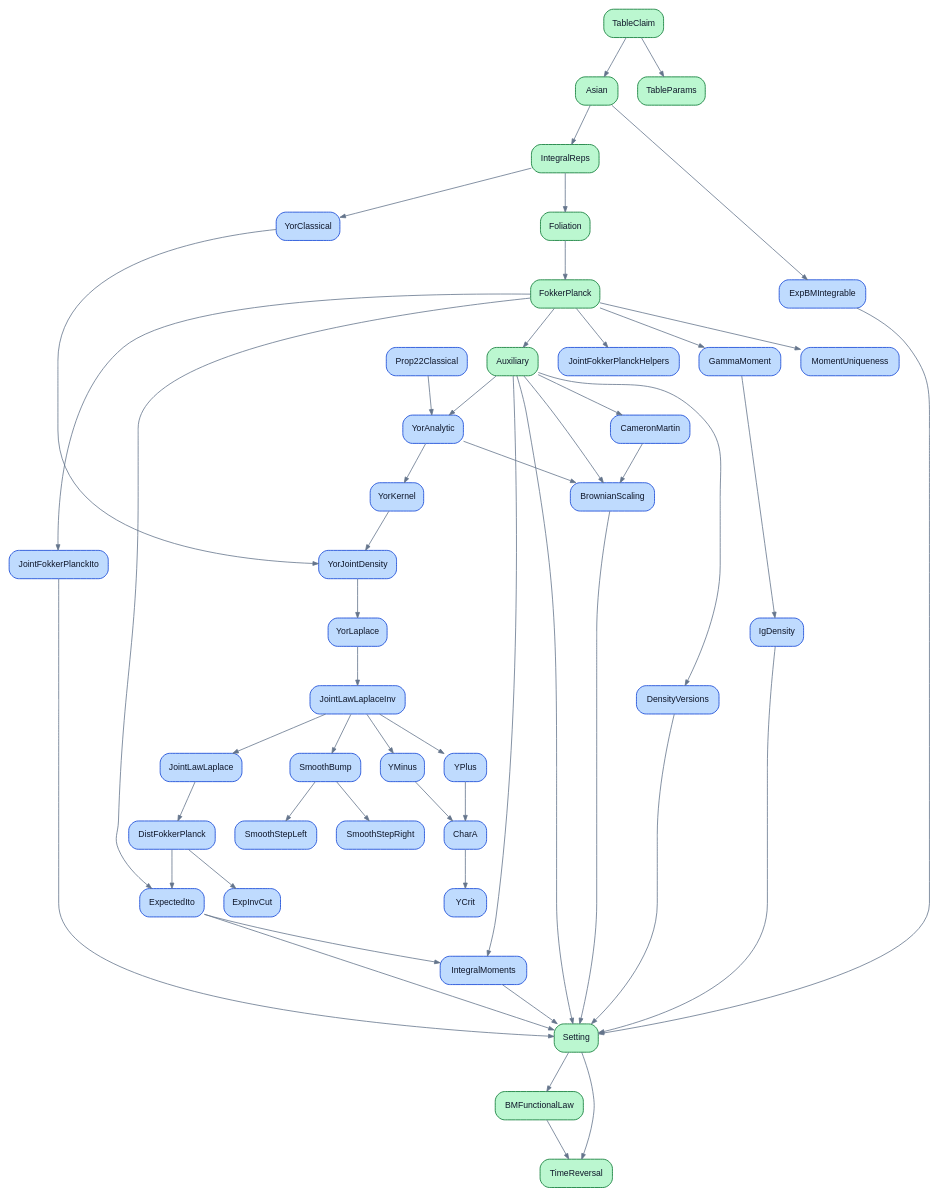
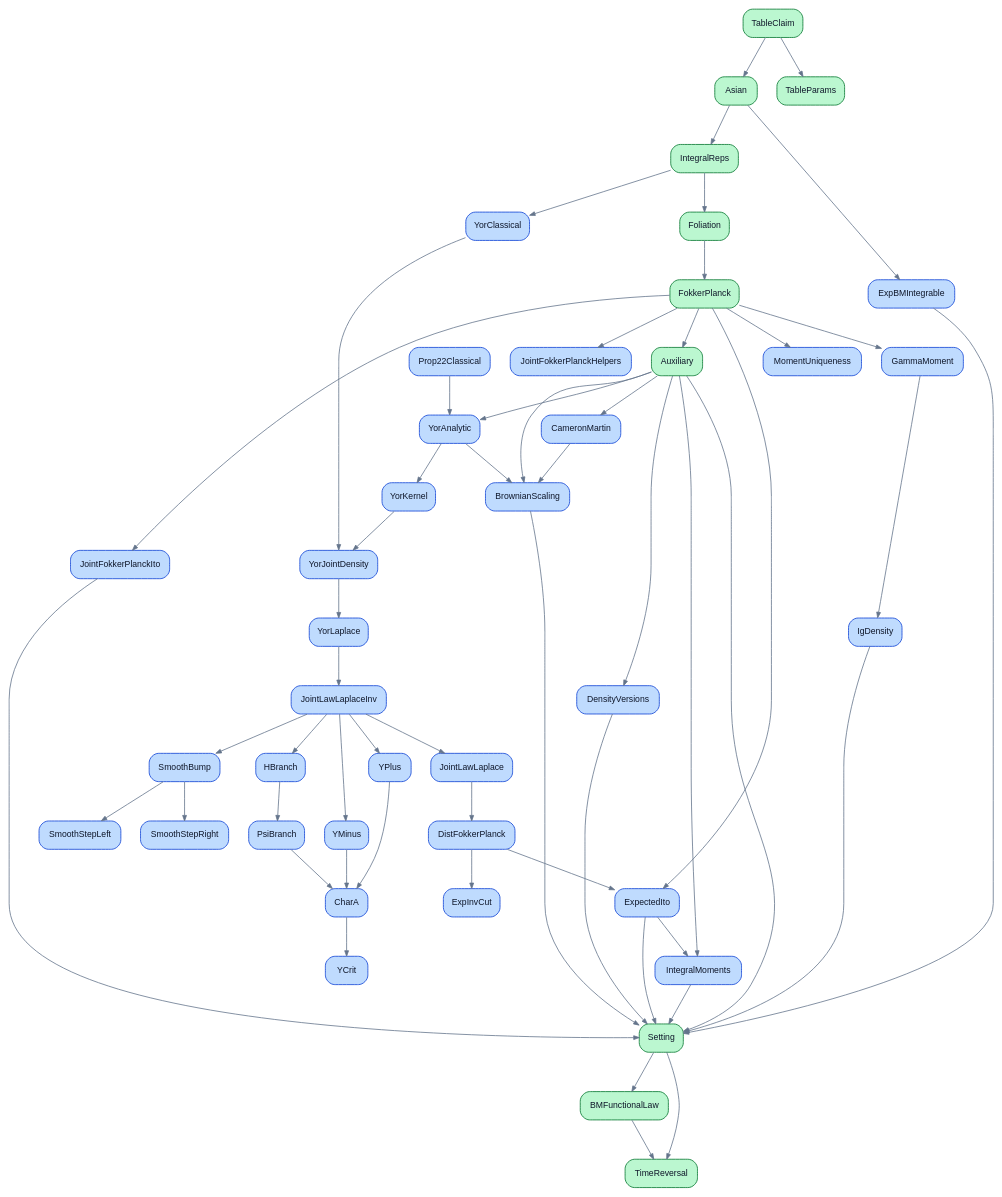
The diagram in Lyasoff2016_files.dot (catskillsresearch/lyasoff2016), drawn with Graphviz before and after one commit. The commit also changed 4 other files, not shown here.

First line of the commit message:
Split ψBranch and hBranch out of JointLawLaplaceInv with matching namespaces.

```diff
--- a/Lyasoff2016_files.dot
+++ b/Lyasoff2016_files.dot
@@ -1,94 +1,99 @@
 digraph Lyasoff2016_files {
   graph [rankdir=TB, bgcolor="white", fontname="Helvetica", nodesep=0.35, ranksep=0.7, splines=true];
   node  [shape=box, style="rounded,filled", fontname="Helvetica", fontsize=11, fontcolor="#0f172a", penwidth=1.1];
   edge  [color="#64748b", arrowsize=0.7, penwidth=1.0];
   "Lyasoff2016.Asian" [label="Asian", fillcolor="#bbf7d0", color="#15803d"];
   "Lyasoff2016.Auxiliary" [label="Auxiliary", fillcolor="#bbf7d0", color="#15803d"];
   "Lyasoff2016.BMFunctionalLaw" [label="BMFunctionalLaw", fillcolor="#bbf7d0", color="#15803d"];
   "Lyasoff2016.BrownianScaling" [label="BrownianScaling", fillcolor="#bfdbfe", color="#1d4ed8"];
   "Lyasoff2016.CameronMartin" [label="CameronMartin", fillcolor="#bfdbfe", color="#1d4ed8"];
   "Lyasoff2016.CharA" [label="CharA", fillcolor="#bfdbfe", color="#1d4ed8"];
   "Lyasoff2016.DensityVersions" [label="DensityVersions", fillcolor="#bfdbfe", color="#1d4ed8"];
   "Lyasoff2016.DistFokkerPlanck" [label="DistFokkerPlanck", fillcolor="#bfdbfe", color="#1d4ed8"];
   "Lyasoff2016.ExpBMIntegrable" [label="ExpBMIntegrable", fillcolor="#bfdbfe", color="#1d4ed8"];
   "Lyasoff2016.ExpInvCut" [label="ExpInvCut", fillcolor="#bfdbfe", color="#1d4ed8"];
   "Lyasoff2016.ExpectedIto" [label="ExpectedIto", fillcolor="#bfdbfe", color="#1d4ed8"];
   "Lyasoff2016.FokkerPlanck" [label="FokkerPlanck", fillcolor="#bbf7d0", color="#15803d"];
   "Lyasoff2016.Foliation" [label="Foliation", fillcolor="#bbf7d0", color="#15803d"];
   "Lyasoff2016.GammaMoment" [label="GammaMoment", fillcolor="#bfdbfe", color="#1d4ed8"];
+  "Lyasoff2016.HBranch" [label="HBranch", fillcolor="#bfdbfe", color="#1d4ed8"];
   "Lyasoff2016.IgDensity" [label="IgDensity", fillcolor="#bfdbfe", color="#1d4ed8"];
   "Lyasoff2016.IntegralMoments" [label="IntegralMoments", fillcolor="#bfdbfe", color="#1d4ed8"];
   "Lyasoff2016.IntegralReps" [label="IntegralReps", fillcolor="#bbf7d0", color="#15803d"];
   "Lyasoff2016.JointFokkerPlanckHelpers" [label="JointFokkerPlanckHelpers", fillcolor="#bfdbfe", color="#1d4ed8"];
   "Lyasoff2016.JointFokkerPlanckIto" [label="JointFokkerPlanckIto", fillcolor="#bfdbfe", color="#1d4ed8"];
   "Lyasoff2016.JointLawLaplace" [label="JointLawLaplace", fillcolor="#bfdbfe", color="#1d4ed8"];
   "Lyasoff2016.JointLawLaplaceInv" [label="JointLawLaplaceInv", fillcolor="#bfdbfe", color="#1d4ed8"];
   "Lyasoff2016.MomentUniqueness" [label="MomentUniqueness", fillcolor="#bfdbfe", color="#1d4ed8"];
   "Lyasoff2016.Prop22Classical" [label="Prop22Classical", fillcolor="#bfdbfe", color="#1d4ed8"];
+  "Lyasoff2016.PsiBranch" [label="PsiBranch", fillcolor="#bfdbfe", color="#1d4ed8"];
   "Lyasoff2016.Setting" [label="Setting", fillcolor="#bbf7d0", color="#15803d"];
   "Lyasoff2016.SmoothBump" [label="SmoothBump", fillcolor="#bfdbfe", color="#1d4ed8"];
   "Lyasoff2016.SmoothStepLeft" [label="SmoothStepLeft", fillcolor="#bfdbfe", color="#1d4ed8"];
   "Lyasoff2016.SmoothStepRight" [label="SmoothStepRight", fillcolor="#bfdbfe", color="#1d4ed8"];
   "Lyasoff2016.TableClaim" [label="TableClaim", fillcolor="#bbf7d0", color="#15803d"];
   "Lyasoff2016.TableParams" [label="TableParams", fillcolor="#bbf7d0", color="#15803d"];
   "Lyasoff2016.TimeReversal" [label="TimeReversal", fillcolor="#bbf7d0", color="#15803d"];
   "Lyasoff2016.YCrit" [label="YCrit", fillcolor="#bfdbfe", color="#1d4ed8"];
   "Lyasoff2016.YMinus" [label="YMinus", fillcolor="#bfdbfe", color="#1d4ed8"];
   "Lyasoff2016.YPlus" [label="YPlus", fillcolor="#bfdbfe", color="#1d4ed8"];
   "Lyasoff2016.YorAnalytic" [label="YorAnalytic", fillcolor="#bfdbfe", color="#1d4ed8"];
   "Lyasoff2016.YorClassical" [label="YorClassical", fillcolor="#bfdbfe", color="#1d4ed8"];
   "Lyasoff2016.YorJointDensity" [label="YorJointDensity", fillcolor="#bfdbfe", color="#1d4ed8"];
   "Lyasoff2016.YorKernel" [label="YorKernel", fillcolor="#bfdbfe", color="#1d4ed8"];
   "Lyasoff2016.YorLaplace" [label="YorLaplace", fillcolor="#bfdbfe", color="#1d4ed8"];
   "Lyasoff2016.Asian" -> "Lyasoff2016.ExpBMIntegrable";
   "Lyasoff2016.Asian" -> "Lyasoff2016.IntegralReps";
   "Lyasoff2016.Auxiliary" -> "Lyasoff2016.BrownianScaling";
   "Lyasoff2016.Auxiliary" -> "Lyasoff2016.CameronMartin";
   "Lyasoff2016.Auxiliary" -> "Lyasoff2016.DensityVersions";
   "Lyasoff2016.Auxiliary" -> "Lyasoff2016.IntegralMoments";
   "Lyasoff2016.Auxiliary" -> "Lyasoff2016.Setting";
   "Lyasoff2016.Auxiliary" -> "Lyasoff2016.YorAnalytic";
   "Lyasoff2016.BMFunctionalLaw" -> "Lyasoff2016.TimeReversal";
   "Lyasoff2016.BrownianScaling" -> "Lyasoff2016.Setting";
   "Lyasoff2016.CameronMartin" -> "Lyasoff2016.BrownianScaling";
   "Lyasoff2016.CharA" -> "Lyasoff2016.YCrit";
   "Lyasoff2016.DensityVersions" -> "Lyasoff2016.Setting";
   "Lyasoff2016.DistFokkerPlanck" -> "Lyasoff2016.ExpInvCut";
   "Lyasoff2016.DistFokkerPlanck" -> "Lyasoff2016.ExpectedIto";
   "Lyasoff2016.ExpBMIntegrable" -> "Lyasoff2016.Setting";
   "Lyasoff2016.ExpectedIto" -> "Lyasoff2016.IntegralMoments";
   "Lyasoff2016.ExpectedIto" -> "Lyasoff2016.Setting";
   "Lyasoff2016.FokkerPlanck" -> "Lyasoff2016.Auxiliary";
   "Lyasoff2016.FokkerPlanck" -> "Lyasoff2016.ExpectedIto";
   "Lyasoff2016.FokkerPlanck" -> "Lyasoff2016.GammaMoment";
   "Lyasoff2016.FokkerPlanck" -> "Lyasoff2016.JointFokkerPlanckHelpers";
   "Lyasoff2016.FokkerPlanck" -> "Lyasoff2016.JointFokkerPlanckIto";
   "Lyasoff2016.FokkerPlanck" -> "Lyasoff2016.MomentUniqueness";
   "Lyasoff2016.Foliation" -> "Lyasoff2016.FokkerPlanck";
   "Lyasoff2016.GammaMoment" -> "Lyasoff2016.IgDensity";
+  "Lyasoff2016.HBranch" -> "Lyasoff2016.PsiBranch";
   "Lyasoff2016.IgDensity" -> "Lyasoff2016.Setting";
   "Lyasoff2016.IntegralMoments" -> "Lyasoff2016.Setting";
   "Lyasoff2016.IntegralReps" -> "Lyasoff2016.Foliation";
   "Lyasoff2016.IntegralReps" -> "Lyasoff2016.YorClassical";
   "Lyasoff2016.JointFokkerPlanckIto" -> "Lyasoff2016.Setting";
   "Lyasoff2016.JointLawLaplace" -> "Lyasoff2016.DistFokkerPlanck";
+  "Lyasoff2016.JointLawLaplaceInv" -> "Lyasoff2016.HBranch";
   "Lyasoff2016.JointLawLaplaceInv" -> "Lyasoff2016.JointLawLaplace";
   "Lyasoff2016.JointLawLaplaceInv" -> "Lyasoff2016.SmoothBump";
   "Lyasoff2016.JointLawLaplaceInv" -> "Lyasoff2016.YMinus";
   "Lyasoff2016.JointLawLaplaceInv" -> "Lyasoff2016.YPlus";
   "Lyasoff2016.Prop22Classical" -> "Lyasoff2016.YorAnalytic";
+  "Lyasoff2016.PsiBranch" -> "Lyasoff2016.CharA";
   "Lyasoff2016.Setting" -> "Lyasoff2016.BMFunctionalLaw";
   "Lyasoff2016.Setting" -> "Lyasoff2016.TimeReversal";
   "Lyasoff2016.SmoothBump" -> "Lyasoff2016.SmoothStepLeft";
   "Lyasoff2016.SmoothBump" -> "Lyasoff2016.SmoothStepRight";
   "Lyasoff2016.TableClaim" -> "Lyasoff2016.Asian";
   "Lyasoff2016.TableClaim" -> "Lyasoff2016.TableParams";
   "Lyasoff2016.YMinus" -> "Lyasoff2016.CharA";
   "Lyasoff2016.YPlus" -> "Lyasoff2016.CharA";
   "Lyasoff2016.YorAnalytic" -> "Lyasoff2016.BrownianScaling";
   "Lyasoff2016.YorAnalytic" -> "Lyasoff2016.YorKernel";
   "Lyasoff2016.YorClassical" -> "Lyasoff2016.YorJointDensity";
   "Lyasoff2016.YorJointDensity" -> "Lyasoff2016.YorLaplace";
   "Lyasoff2016.YorKernel" -> "Lyasoff2016.YorJointDensity";
   "Lyasoff2016.YorLaplace" -> "Lyasoff2016.JointLawLaplaceInv";
 }
```
